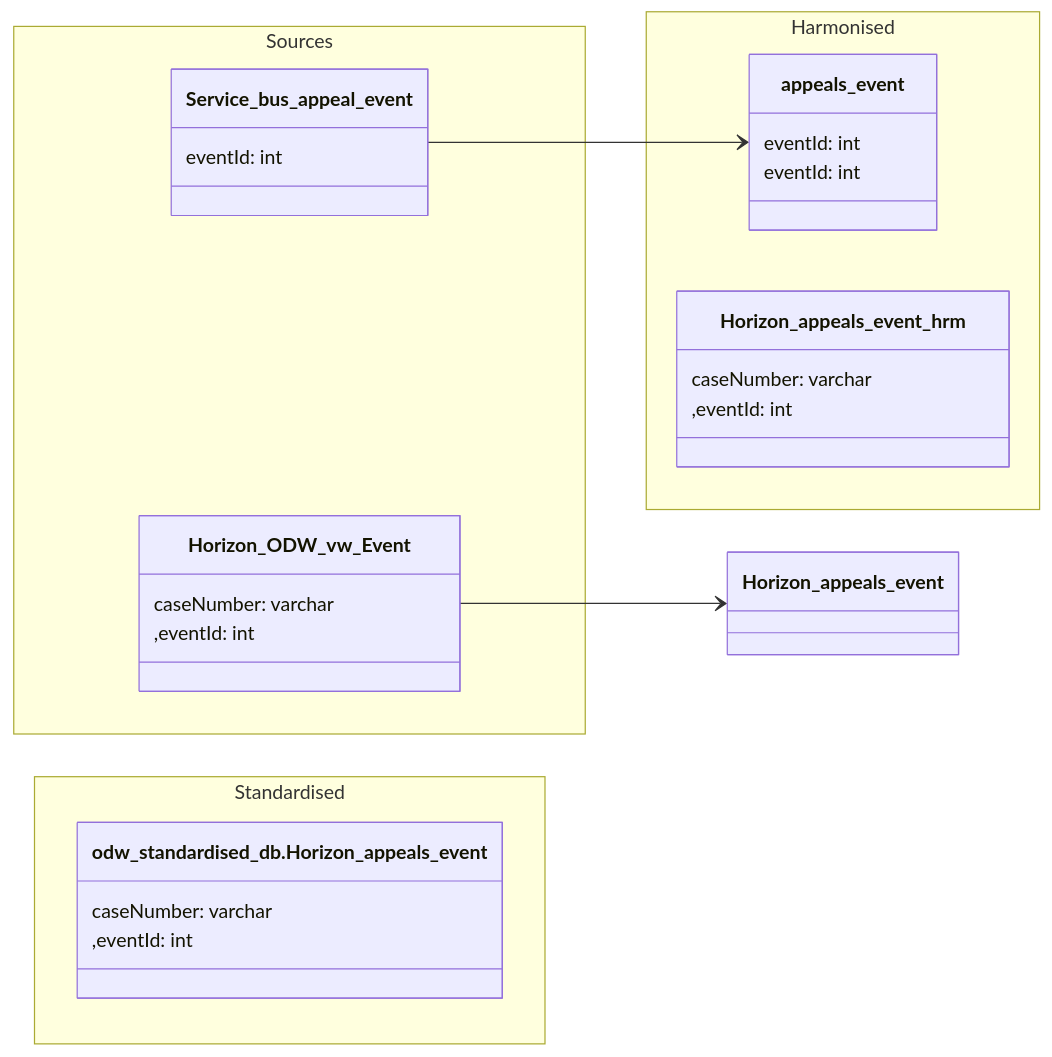
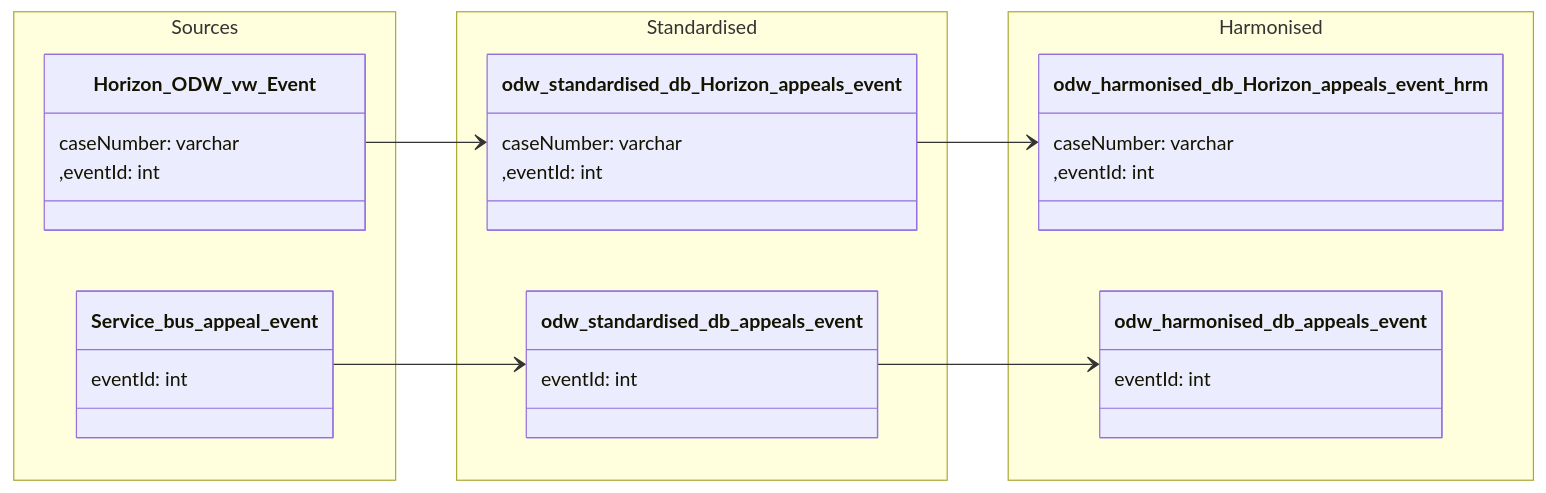
One commit to Planning-Inspectorate/ODW-Service changed the diagram in data-models/appeal-event.md. Above: the diagram before and after it, drawn with Mermaid.

````diff
--- a/data-models/appeal-event.md
+++ b/data-models/appeal-event.md
@@ -7,46 +7,49 @@
 ```mermaid
 
 classDiagram
 
     direction LR
 
     namespace Sources {
 
         class Horizon_ODW_vw_Event {
             caseNumber: varchar
             ,eventId: int
         }
 
         class Service_bus_appeal_event  {
             eventId: int
         }
     }
 
     namespace Standardised {
 
-        class odw_standardised_db.Horizon_appeals_event {
+        class odw_standardised_db_Horizon_appeals_event {
             caseNumber: varchar
             ,eventId: int
         }
 
-        class appeals_event  {
+        class odw_standardised_db_appeals_event  {
             eventId: int
         }
     }
 
     namespace Harmonised {
 
-        class Horizon_appeals_event_hrm {
+        class odw_harmonised_db_Horizon_appeals_event_hrm {
             caseNumber: varchar
             ,eventId: int
         }
 
-        class appeals_event  {
+        class odw_harmonised_db_appeals_event  {
             eventId: int
         }
     }
 
-`Horizon_ODW_vw_Event` --> `Horizon_appeals_event`
-`Service_bus_appeal_event` --> `appeals_event`
+`Horizon_ODW_vw_Event` --> `odw_standardised_db_Horizon_appeals_event`
+`Service_bus_appeal_event` --> `odw_standardised_db_appeals_event`
+
+`odw_standardised_db_Horizon_appeals_event` --> `odw_harmonised_db_Horizon_appeals_event_hrm` 
+`odw_standardised_db_appeals_event` --> `odw_harmonised_db_appeals_event`
 
 ```
````
